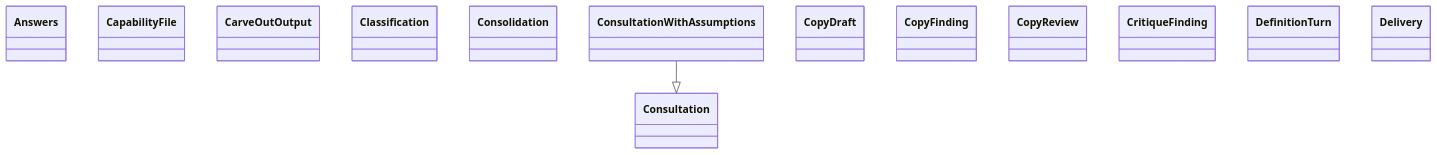
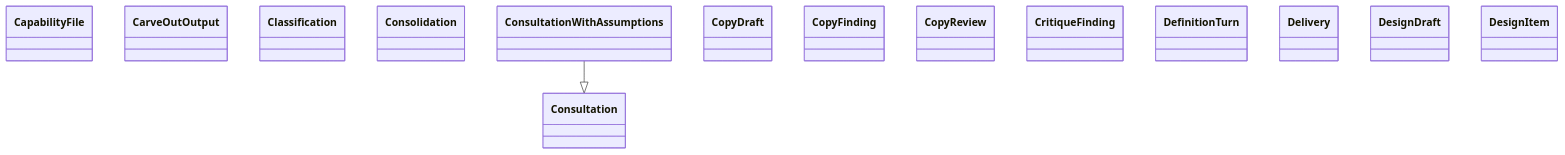
The diagram in docs/architecture/generated/classes-process-domain-roles-2.md (GonzaloZevallos/agentic-system), drawn with Mermaid before and after one commit. The commit also changed other lines of this file and 20 other files, not shown here.

Commit message:
Regenerate the architecture docs after merging master

````diff
--- a/docs/architecture/generated/classes-process-domain-roles-2.md
+++ b/docs/architecture/generated/classes-process-domain-roles-2.md
@@ -30,17 +30,18 @@
 ```mermaid
 classDiagram
-    class schemas__Answers["Answers"]
     class schemas__CapabilityFile["CapabilityFile"]
     class schemas__CarveOutOutput["CarveOutOutput"]
     class schemas__Classification["Classification"]
     class schemas__Consolidation["Consolidation"]
     class schemas__Consultation["Consultation"]
     class schemas__ConsultationWithAssumptions["ConsultationWithAssumptions"]
     class schemas__CopyDraft["CopyDraft"]
     class schemas__CopyFinding["CopyFinding"]
     class schemas__CopyReview["CopyReview"]
     class schemas__CritiqueFinding["CritiqueFinding"]
     class schemas__DefinitionTurn["DefinitionTurn"]
     class schemas__Delivery["Delivery"]
+    class schemas__DesignDraft["DesignDraft"]
+    class schemas__DesignItem["DesignItem"]
     schemas__ConsultationWithAssumptions --|> schemas__Consultation
 ```
````
